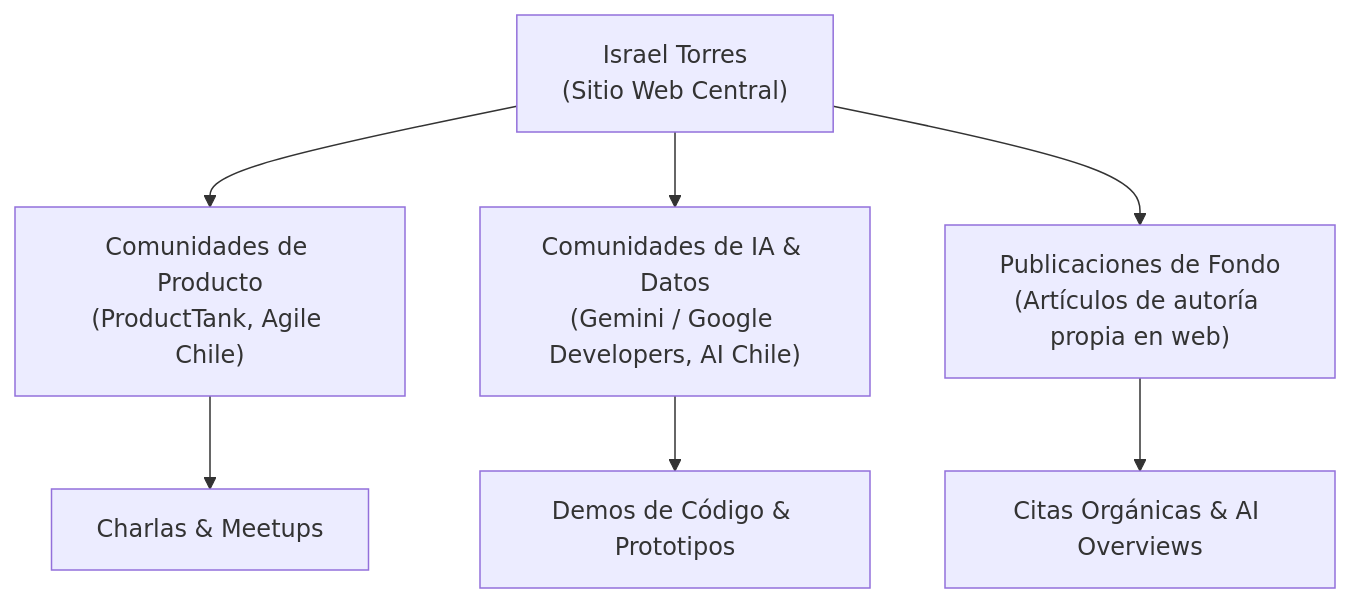
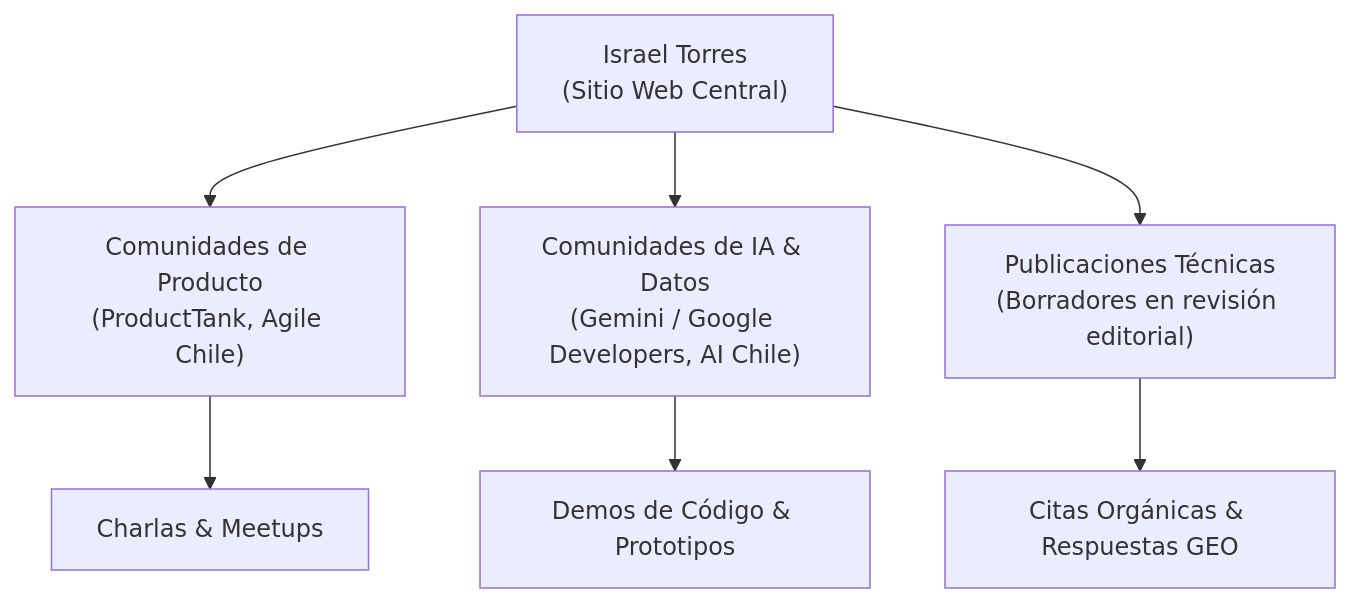
One commit to IsraelTorresIndustrial/Israel-Torres-Web changed the diagram in docs/seo/ENTITY-AUTHORITY-PLAN.md. Above: the diagram before and after it, drawn with Mermaid. The commit also changed other lines of this file and 5 other files, not shown here.

````diff
--- a/docs/seo/ENTITY-AUTHORITY-PLAN.md
+++ b/docs/seo/ENTITY-AUTHORITY-PLAN.md
@@ -101,9 +101,9 @@
 ```mermaid
 flowchart TD
     A["Israel Torres<br>(Sitio Web Central)"] --> B["Comunidades de Producto<br>(ProductTank, Agile Chile)"]
     A --> C["Comunidades de IA & Datos<br>(Gemini / Google Developers, AI Chile)"]
-    A --> D["Publicaciones de Fondo<br>(Artículos de autoría propia en web)"]
+    A --> D["Publicaciones Técnicas<br>(Borradores en revisión editorial)"]
     B --> E["Charlas & Meetups"]
     C --> F["Demos de Código & Prototipos"]
-    D --> G["Citas Orgánicas & AI Overviews"]
+    D --> G["Citas Orgánicas & Respuestas GEO"]
 ```
````
